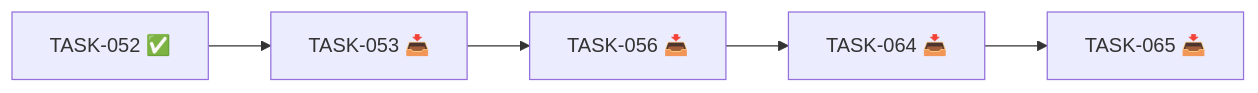
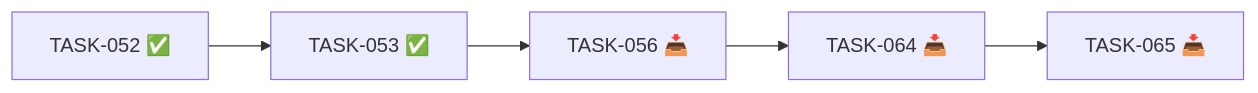
One commit to villarrealfx/fx_trad changed the diagram in _docs/iterations/02-optimizacion-descarga/status.md. Above: the diagram before and after it, drawn with Mermaid. The commit also changed other lines of this file and 1 other file, not shown here.

Commit message:
docs: cierra TASK-052/TASK-053 en status y trazabilidad

````diff
--- a/_docs/iterations/02-optimizacion-descarga/status.md
+++ b/_docs/iterations/02-optimizacion-descarga/status.md
@@ -72,7 +72,7 @@
 ```mermaid
 graph LR
-  T052[TASK-052 ✅] --> T053[TASK-053 📥]
+  T052[TASK-052 ✅] --> T053[TASK-053 ✅]
   T053 --> T056[TASK-056 📥]
   T056 --> T064[TASK-064 📥]
   T064 --> T065[TASK-065 📥]
 ```
````
